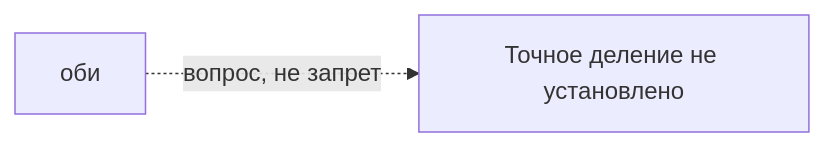
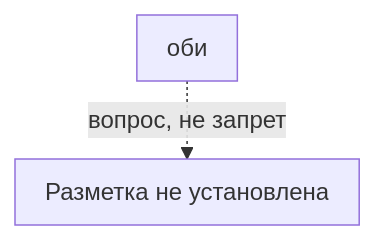
The first of 2 diagrams in Temari-Obsidian/02 Узоры/оби.md (newYurk/temari), drawn with Mermaid before and after one commit. The commit also changed other lines of this file and 61 other files, not shown here.

Commit message:
fix(vault): show readable craft relationships and distinct graph nodes

````diff
--- a/Temari-Obsidian/02 Узоры/оби.md
+++ b/Temari-Obsidian/02 Узоры/оби.md
@@ -32,6 +17,8 @@
 ```mermaid
-flowchart LR
+%%{init: {"flowchart":{"nodeSpacing":16,"rankSpacing":28,"curve":"linear","padding":10},"themeVariables":{"fontSize":"16px"}}}%%
+flowchart TB
   M["оби"]
-  U["Точное деление не установлено"]
+  U["Разметка не установлена"]
   M -.->|вопрос, не запрет| U
+  class M internal-link;
 ```
````
